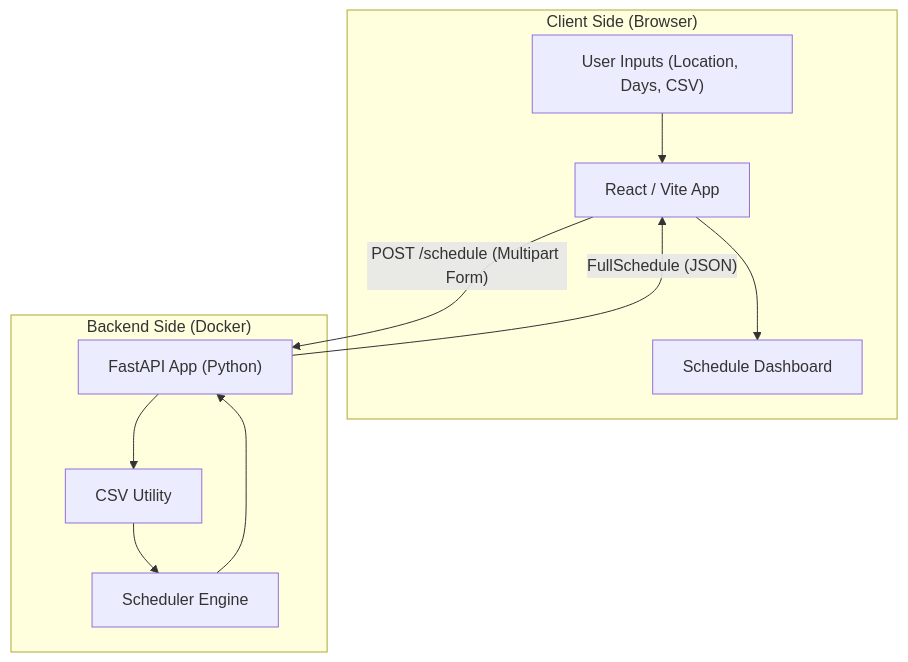
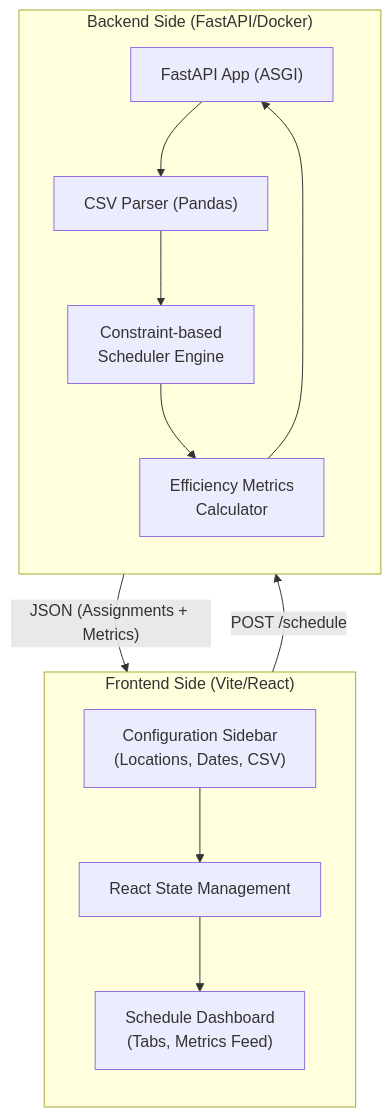
Before and after one commit to gkhandake/volunteer-scheduler: the diagram in docs/architecture.md, drawn with Mermaid. The commit also changed other lines of this file and 6 other files, not shown here.

````diff
--- a/docs/architecture.md
+++ b/docs/architecture.md
@@ -9,22 +9,26 @@
 ```mermaid
 graph TD
-    subgraph "Client Side (Browser)"
-        ReactApp["React / Vite App"]
-        UserInputs["User Inputs (Location, Days, CSV)"]
-        ScheduleView["Schedule Dashboard"]
+    subgraph "Frontend Side (Vite/React)"
+        direction TB
+        ConfigForm["Configuration Sidebar<br/>(Locations, Dates, CSV)"]
+        Dashboard["Schedule Dashboard<br/>(Tabs, Metrics Feed)"]
+        ReactContext["React State Management"]
     end
 
-    subgraph "Backend Side (Docker)"
-        FastAPI["FastAPI App (Python)"]
-        SchedulerLogic["Scheduler Engine"]
-        CSVParser["CSV Utility"]
+    subgraph "Backend Side (FastAPI/Docker)"
+        direction TB
+        API["FastAPI App (ASGI)"]
+        CSVParser["CSV Parser (Pandas)"]
+        SchedulerEngine["Constraint-based<br/>Scheduler Engine"]
+        MetricsEngine["Efficiency Metrics<br/>Calculator"]
     end
 
-    UserInputs --> ReactApp
-    ReactApp -- "POST /schedule (Multipart Form)" --> FastAPI
-    FastAPI --> CSVParser
-    CSVParser --> SchedulerLogic
-    SchedulerLogic --> FastAPI
-    FastAPI -- "FullSchedule (JSON)" --> ReactApp
-    ReactApp --> ScheduleView
+    ConfigForm --> ReactContext
+    ReactContext -- "POST /schedule" --> API
+    API --> CSVParser
+    CSVParser --> SchedulerEngine
+    SchedulerEngine --> MetricsEngine
+    MetricsEngine --> API
+    API -- "JSON (Assignments + Metrics)" --> ReactContext
+    ReactContext --> Dashboard
 ```
````
